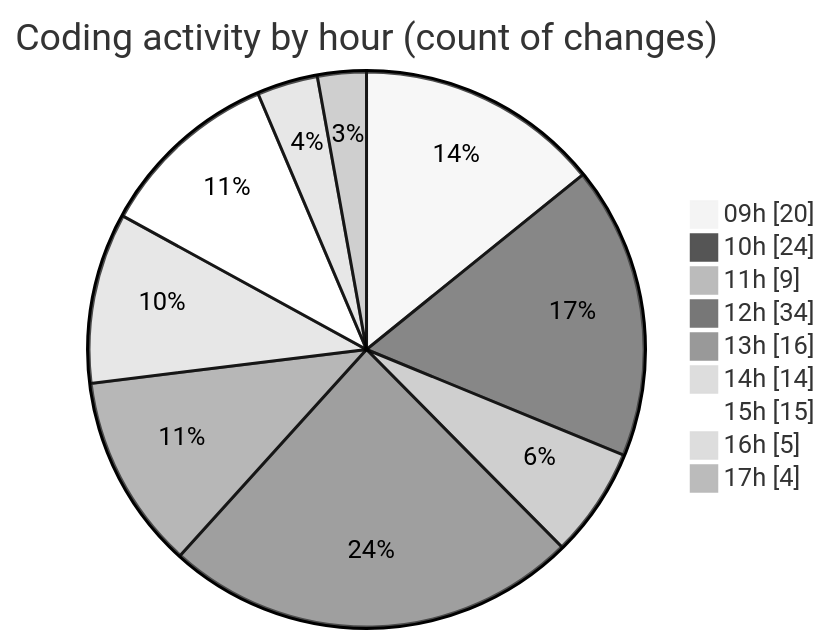
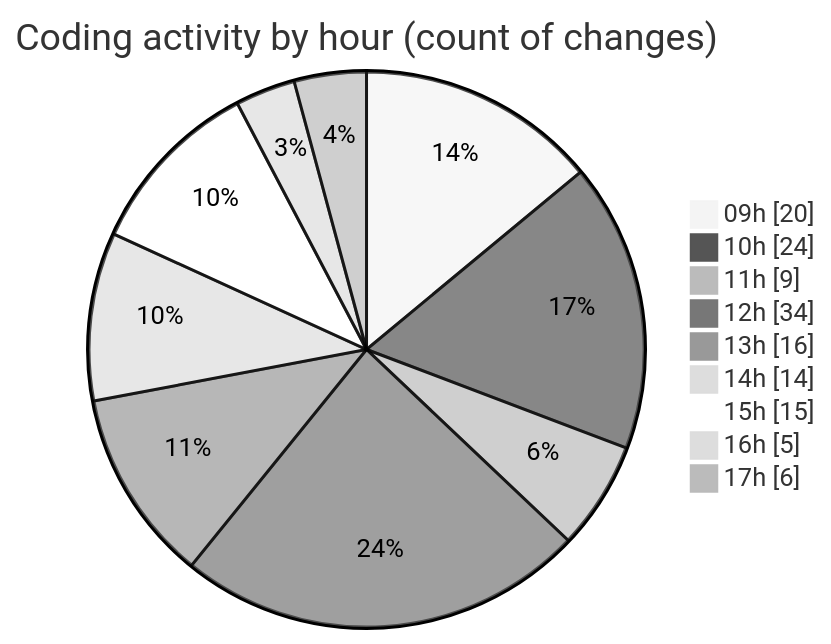
The second of 2 diagrams in 2025-05-19/cda/README.md (momahboobian/code-tracking), drawn with Mermaid (neutral theme) before and after one commit. The commit also changed other lines of this file and 1 other file, not shown here.

````diff
--- a/2025-05-19/cda/README.md
+++ b/2025-05-19/cda/README.md
@@ -57,13 +58,13 @@
 ```mermaid
 pie showData
 title Coding activity by hour (count of changes)
 "09h" : 20
 "10h" : 24
 "11h" : 9
 "12h" : 34
 "13h" : 16
 "14h" : 14
 "15h" : 15
 "16h" : 5
-"17h" : 4
+"17h" : 6
 ```
````
